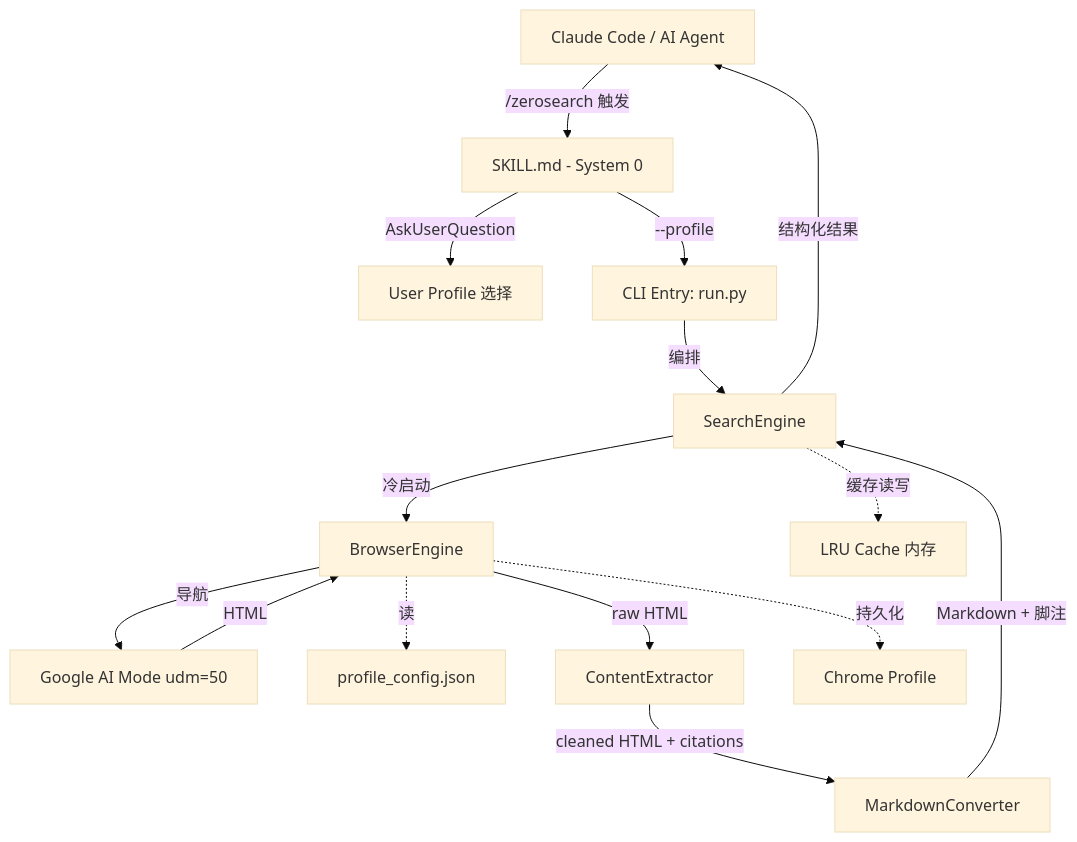
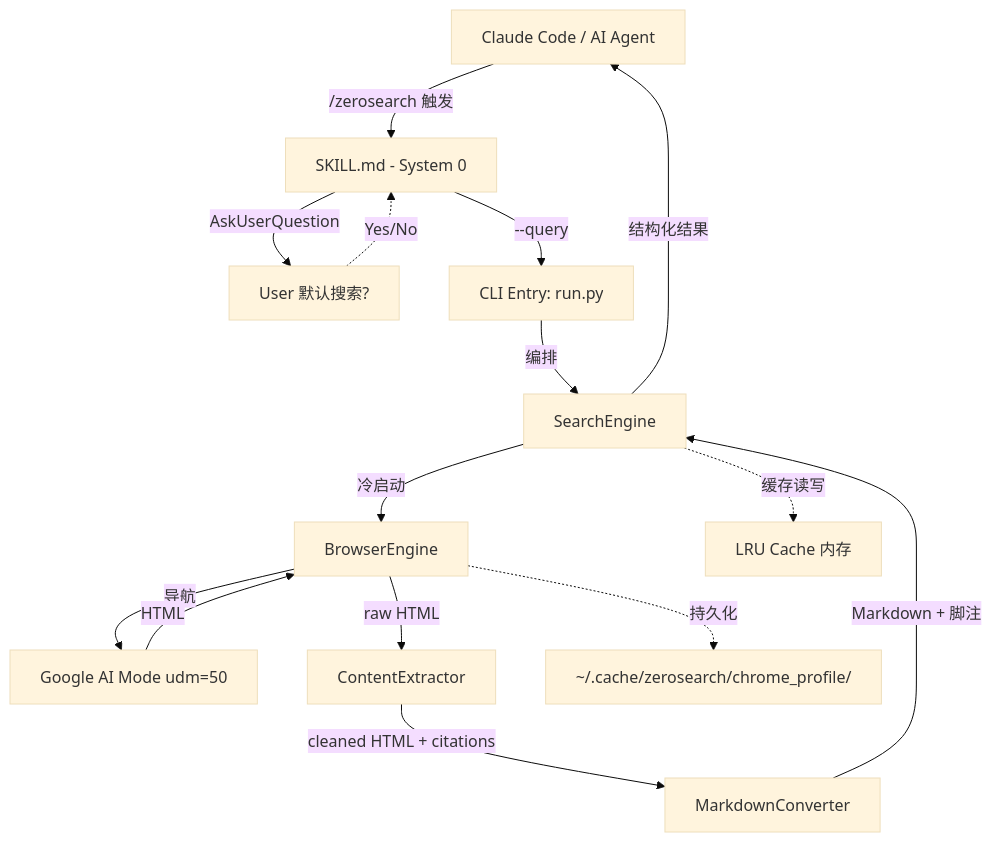
The first of 2 diagrams in .anws/v2/02_ARCHITECTURE_OVERVIEW.md (moyu12-ae/ZeroSearch), drawn with Mermaid (base theme) before and after one commit. The commit also changed other lines of this file and 3 other files, not shown here.

First line of the commit message:
docs(sync): R5 — synchronize Architecture/Tasks/concept_model with 3-option AskUserQuestion

````diff
--- a/.anws/v2/02_ARCHITECTURE_OVERVIEW.md
+++ b/.anws/v2/02_ARCHITECTURE_OVERVIEW.md
@@ -13,17 +13,17 @@
 ```mermaid
 graph TD
     AI[Claude Code / AI Agent] -->|"/zerosearch" 触发| SKILL[SKILL.md - System 0]
-    SKILL -->|AskUserQuestion| User[User Profile 选择]
-    SKILL -->|"--profile"| CLI[CLI Entry: run.py]
+    SKILL -->|AskUserQuestion| User[User 默认搜索?]
+    User -.->|Yes/No| SKILL
+    SKILL -->|"--query"| CLI[CLI Entry: run.py]
     CLI -->|编排| SE[SearchEngine]
     SE -->|冷启动| BE[BrowserEngine]
     BE -->|导航| Google[Google AI Mode udm=50]
-    BE -.->|读| PC[profile_config.json]
     Google -->|HTML| BE
     BE -->|raw HTML| CE[ContentExtractor]
     CE -->|cleaned HTML + citations| MC[MarkdownConverter]
     MC -->|Markdown + 脚注| SE
     SE -->|结构化结果| AI
     SE -.->|缓存读写| Cache[LRU Cache 内存]
-    BE -.->|持久化| Profile[Chrome Profile]
+    BE -.->|持久化| Profile[~/.cache/zerosearch/chrome_profile/]
 ```
````
